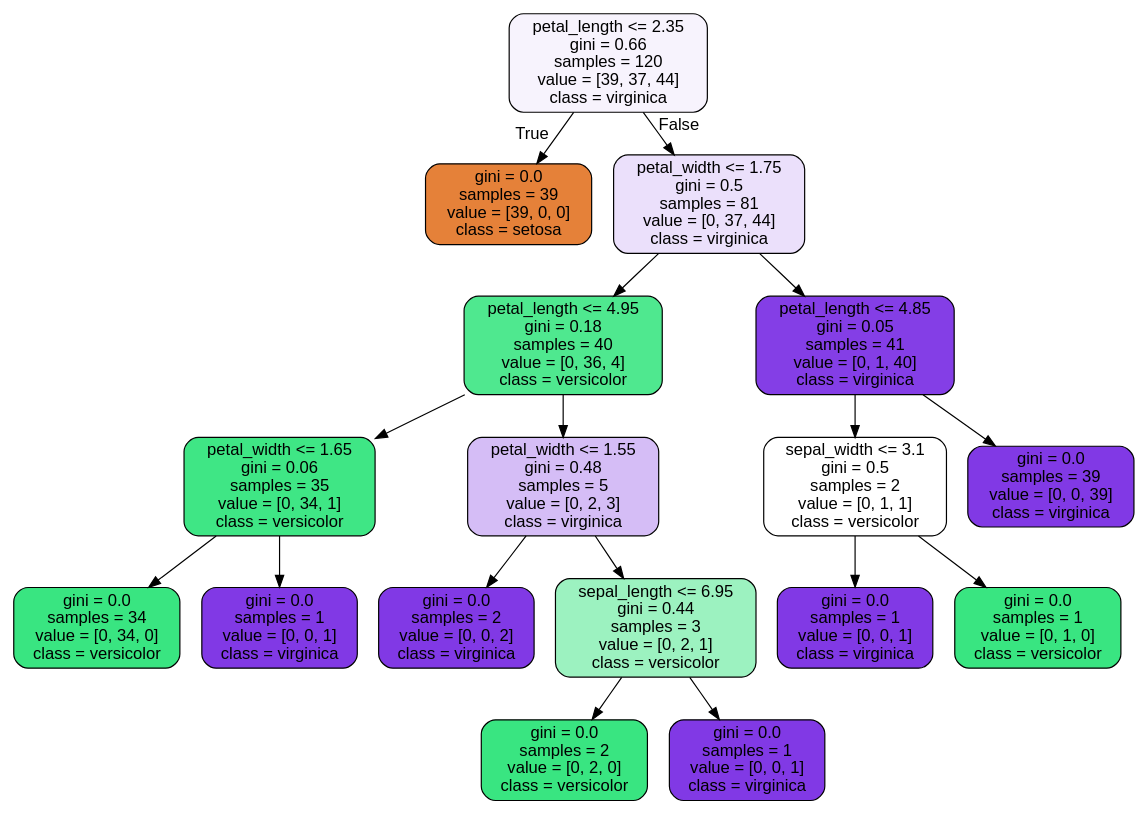
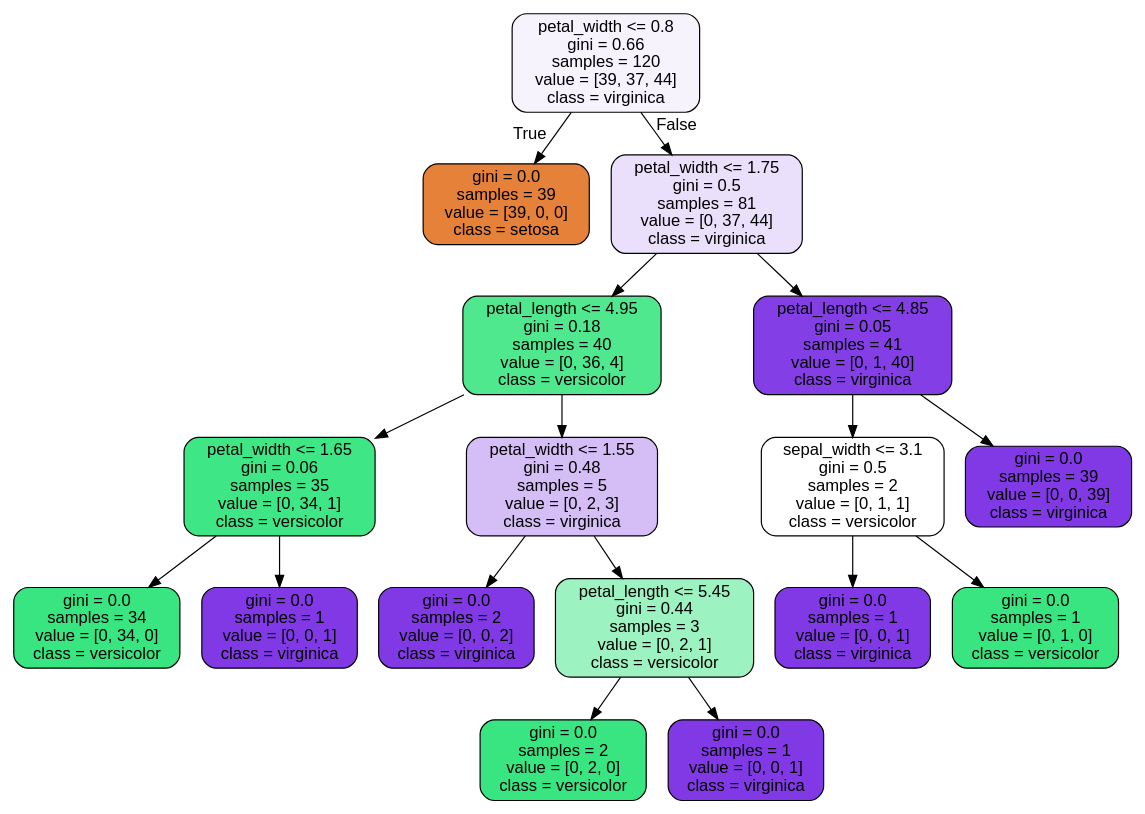
One commit to china555/ITCS498_Special-Topics-in-Computer-Science changed the diagram in Workshop 5/tree.dot. Above: the diagram before and after it, drawn with Graphviz. The commit also changed 3 other files, not shown here.

```diff
--- a/Workshop 5/tree.dot
+++ b/Workshop 5/tree.dot
@@ -1,37 +1,37 @@
 digraph Tree {
 node [shape=box, style="filled, rounded", color="black", fontname=helvetica] ;
 edge [fontname=helvetica] ;
-0 [label="petal_length <= 2.35\ngini = 0.66\nsamples = 120\nvalue = [39, 37, 44]\nclass = virginica", fillcolor="#f7f3fd"] ;
+0 [label="petal_width <= 0.8\ngini = 0.66\nsamples = 120\nvalue = [39, 37, 44]\nclass = virginica", fillcolor="#f7f3fd"] ;
 1 [label="gini = 0.0\nsamples = 39\nvalue = [39, 0, 0]\nclass = setosa", fillcolor="#e58139"] ;
 0 -> 1 [labeldistance=2.5, labelangle=45, headlabel="True"] ;
 2 [label="petal_width <= 1.75\ngini = 0.5\nsamples = 81\nvalue = [0, 37, 44]\nclass = virginica", fillcolor="#ebe0fb"] ;
 0 -> 2 [labeldistance=2.5, labelangle=-45, headlabel="False"] ;
 3 [label="petal_length <= 4.95\ngini = 0.18\nsamples = 40\nvalue = [0, 36, 4]\nclass = versicolor", fillcolor="#4fe88f"] ;
 2 -> 3 ;
 4 [label="petal_width <= 1.65\ngini = 0.06\nsamples = 35\nvalue = [0, 34, 1]\nclass = versicolor", fillcolor="#3fe685"] ;
 3 -> 4 ;
 5 [label="gini = 0.0\nsamples = 34\nvalue = [0, 34, 0]\nclass = versicolor", fillcolor="#39e581"] ;
 4 -> 5 ;
 6 [label="gini = 0.0\nsamples = 1\nvalue = [0, 0, 1]\nclass = virginica", fillcolor="#8139e5"] ;
 4 -> 6 ;
 7 [label="petal_width <= 1.55\ngini = 0.48\nsamples = 5\nvalue = [0, 2, 3]\nclass = virginica", fillcolor="#d5bdf6"] ;
 3 -> 7 ;
 8 [label="gini = 0.0\nsamples = 2\nvalue = [0, 0, 2]\nclass = virginica", fillcolor="#8139e5"] ;
 7 -> 8 ;
-9 [label="sepal_length <= 6.95\ngini = 0.44\nsamples = 3\nvalue = [0, 2, 1]\nclass = versicolor", fillcolor="#9cf2c0"] ;
+9 [label="petal_length <= 5.45\ngini = 0.44\nsamples = 3\nvalue = [0, 2, 1]\nclass = versicolor", fillcolor="#9cf2c0"] ;
 7 -> 9 ;
 10 [label="gini = 0.0\nsamples = 2\nvalue = [0, 2, 0]\nclass = versicolor", fillcolor="#39e581"] ;
 9 -> 10 ;
 11 [label="gini = 0.0\nsamples = 1\nvalue = [0, 0, 1]\nclass = virginica", fillcolor="#8139e5"] ;
 9 -> 11 ;
 12 [label="petal_length <= 4.85\ngini = 0.05\nsamples = 41\nvalue = [0, 1, 40]\nclass = virginica", fillcolor="#843ee6"] ;
 2 -> 12 ;
 13 [label="sepal_width <= 3.1\ngini = 0.5\nsamples = 2\nvalue = [0, 1, 1]\nclass = versicolor", fillcolor="#ffffff"] ;
 12 -> 13 ;
 14 [label="gini = 0.0\nsamples = 1\nvalue = [0, 0, 1]\nclass = virginica", fillcolor="#8139e5"] ;
 13 -> 14 ;
 15 [label="gini = 0.0\nsamples = 1\nvalue = [0, 1, 0]\nclass = versicolor", fillcolor="#39e581"] ;
 13 -> 15 ;
 16 [label="gini = 0.0\nsamples = 39\nvalue = [0, 0, 39]\nclass = virginica", fillcolor="#8139e5"] ;
 12 -> 16 ;
 }
```
